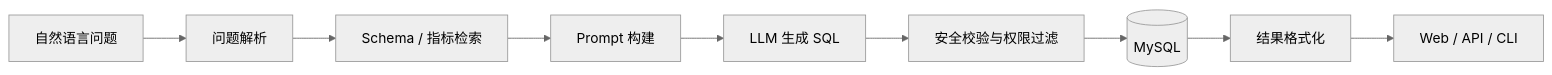
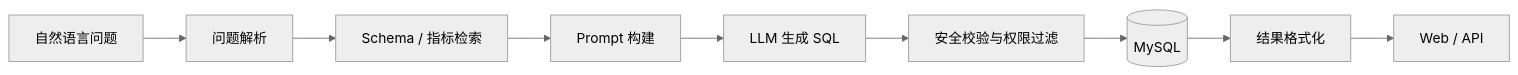
Before and after one commit to ChiYuouo/ChatBI: the diagram in README.md, drawn with Mermaid (neutral theme). The commit also changed other lines of this file and 20 other files, not shown here.

````diff
--- a/README.md
+++ b/README.md
@@ -17,11 +17,11 @@
 ```mermaid
 flowchart LR
     A[自然语言问题] --> B[问题解析]
     B --> C[Schema / 指标检索]
     C --> D[Prompt 构建]
     D --> E[LLM 生成 SQL]
     E --> F[安全校验与权限过滤]
     F --> G[(MySQL)]
     G --> H[结果格式化]
-    H --> I[Web / API / CLI]
+    H --> I[Web / API]
 ```
````
